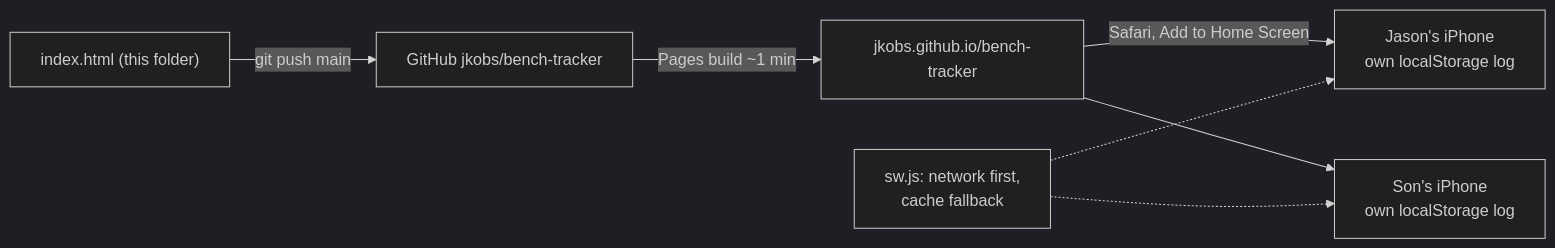
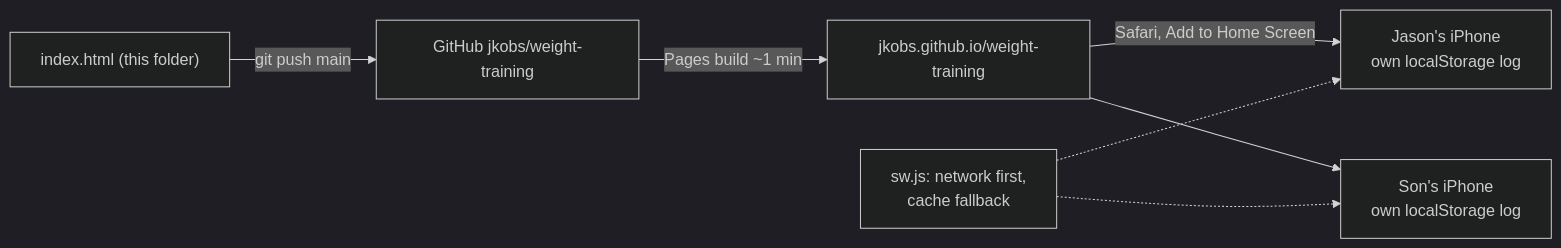
Before and after one commit to jkobs/weight-training: the diagram in CLAUDE.md, drawn with Mermaid (dark theme). The commit also changed other lines of this file and 7 other files, not shown here.

First line of the commit message:
Rename app to Weight Training

````diff
--- a/CLAUDE.md
+++ b/CLAUDE.md
@@ -10,9 +12,9 @@
 ```mermaid
 flowchart LR
-    dev["index.html (this folder)"] -->|git push main| gh["GitHub jkobs/bench-tracker"]
-    gh -->|Pages build ~1 min| site["jkobs.github.io/bench-tracker"]
+    dev["index.html (this folder)"] -->|git push main| gh["GitHub jkobs/weight-training"]
+    gh -->|Pages build ~1 min| site["jkobs.github.io/weight-training"]
     site -->|Safari, Add to Home Screen| p1["Jason's iPhone<br/>own localStorage log"]
     site --> p2["Son's iPhone<br/>own localStorage log"]
     sw["sw.js: network first,<br/>cache fallback"] -.-> p1
     sw -.-> p2
 ```
````
